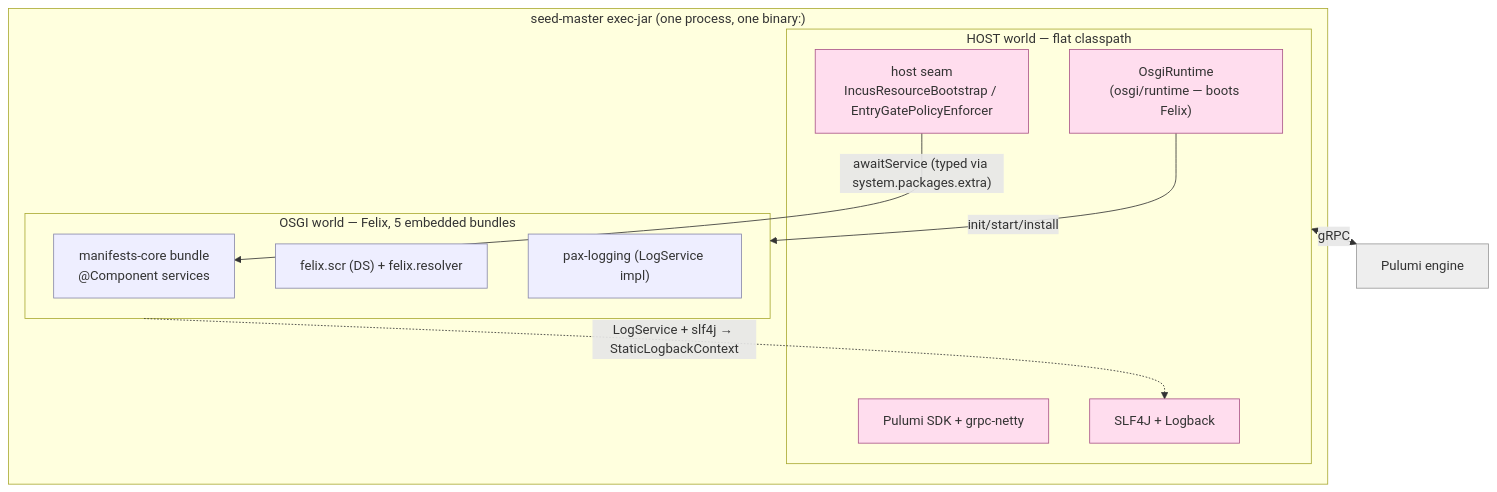
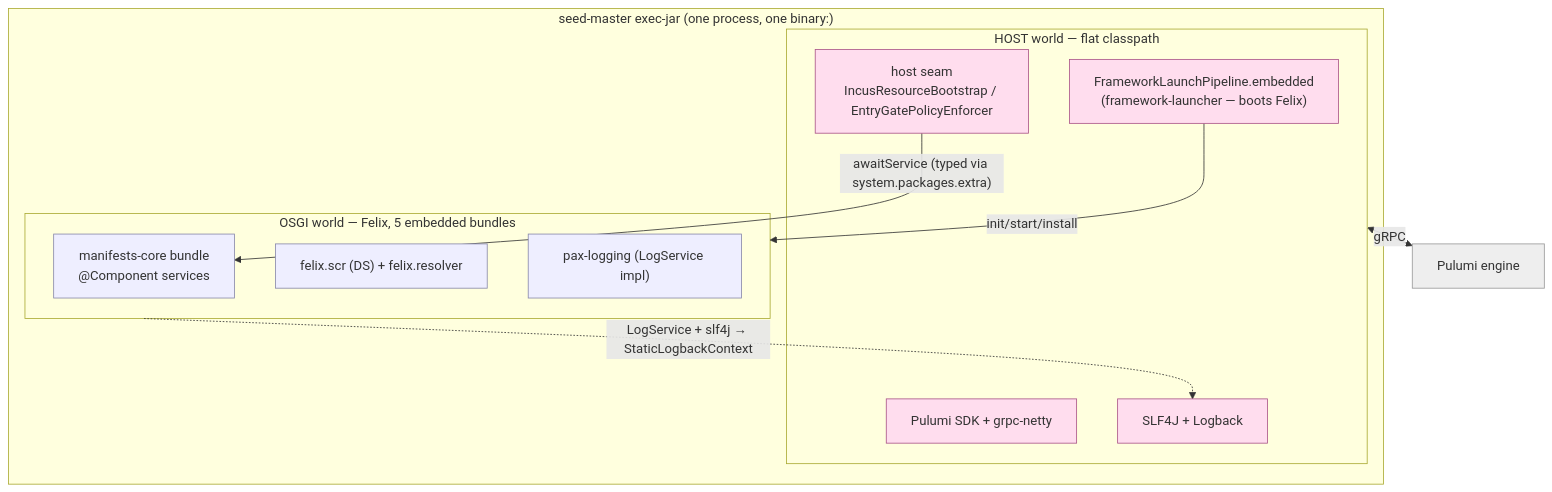
Before and after one commit to nxmatic/rke2lab: the first of 4 diagrams in docs/architecture/atlas/runtime.adoc, drawn with Mermaid. The commit also changed other lines of this file and 3 other files, not shown here.

```diff
--- a/docs/architecture/atlas/runtime.adoc
+++ b/docs/architecture/atlas/runtime.adoc
@@ -27,27 +27,27 @@
 [mermaid]
 ....
 flowchart TB
   subgraph proc["seed-master exec-jar (one process, one binary:)"]
     subgraph host["HOST world — flat classpath"]
       seam["host seam<br/>IncusResourceBootstrap / EntryGatePolicyEnforcer"]:::host
-      rt["OsgiRuntime<br/>(osgi/runtime — boots Felix)"]:::host
+      rt["FrameworkLaunchPipeline.embedded<br/>(framework-launcher — boots Felix)"]:::host
       grpc["Pulumi SDK + grpc-netty"]:::host
       lb["SLF4J + Logback"]:::host
     end
     subgraph osgi["OSGI world — Felix, 5 embedded bundles"]
       core["manifests-core bundle<br/>@Component services"]:::osgi
       scr["felix.scr (DS) + felix.resolver"]:::osgi
       pax["pax-logging (LogService impl)"]:::osgi
     end
   end
   engine["Pulumi engine"]:::ext
 
   seam -->|"awaitService (typed via system.packages.extra)"| core
   rt -->|init/start/install| osgi
   host <-->|gRPC| engine
   osgi -.->|"LogService + slf4j → StaticLogbackContext"| lb
 
   classDef host fill:#fde,stroke:#a58,stroke-width:1px;
   classDef osgi fill:#eef,stroke:#88a,stroke-width:1px;
   classDef ext fill:#eee,stroke:#999,stroke-width:1px;
 ....
```
